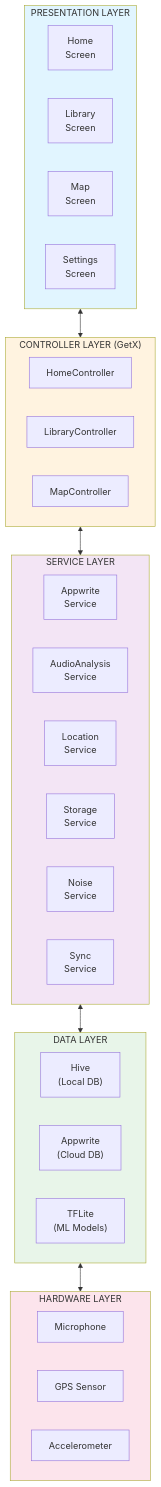
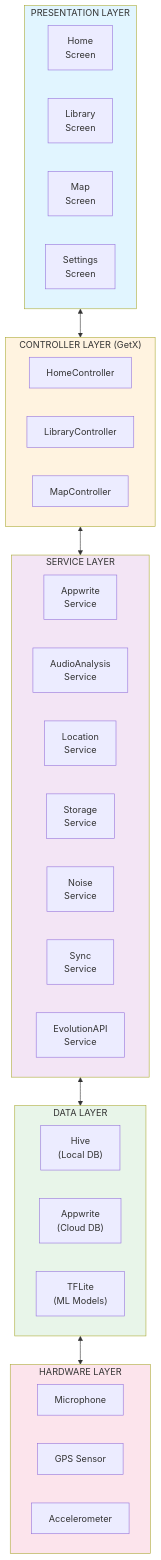
One commit to project-soundscape/soundscape-ai changed the first of 13 diagrams in COMPREHENSIVE_DOCUMENTATION.md. Above: the diagram before and after it, drawn with Mermaid. The commit also changed other lines of this file and 22 other files, not shown here.

First line of the commit message:
feat: integrate Evolution API, optimize library performance, and add multilingual support

````diff
--- a/COMPREHENSIVE_DOCUMENTATION.md
+++ b/COMPREHENSIVE_DOCUMENTATION.md
@@ -211,47 +211,48 @@
 ```mermaid
 graph TB
     subgraph PL["PRESENTATION LAYER"]
         Home["Home<br/>Screen"]
         Library["Library<br/>Screen"]
         Map["Map<br/>Screen"]
         Settings["Settings<br/>Screen"]
     end
     
     subgraph CL["CONTROLLER LAYER (GetX)"]
         HomeCtrl["HomeController"]
         LibCtrl["LibraryController"]
         MapCtrl["MapController"]
     end
     
     subgraph SL["SERVICE LAYER"]
         Appwrite["Appwrite<br/>Service"]
         Audio["AudioAnalysis<br/>Service"]
         Location["Location<br/>Service"]
         Storage["Storage<br/>Service"]
         Noise["Noise<br/>Service"]
         Sync["Sync<br/>Service"]
+        Evo["EvolutionAPI<br/>Service"]
     end
     
     subgraph DL["DATA LAYER"]
         Hive["Hive<br/>(Local DB)"]
         AppwriteDB["Appwrite<br/>(Cloud DB)"]
         TFLite["TFLite<br/>(ML Models)"]
     end
     
     subgraph HL["HARDWARE LAYER"]
         Mic["Microphone"]
         GPS["GPS Sensor"]
         Accel["Accelerometer"]
     end
     
     PL <--> CL
     CL <--> SL
     SL <--> DL
     DL <--> HL
     
     style PL fill:#e1f5ff
     style CL fill:#fff3e0
     style SL fill:#f3e5f5
     style DL fill:#e8f5e9
     style HL fill:#fce4ec
 ```
````
